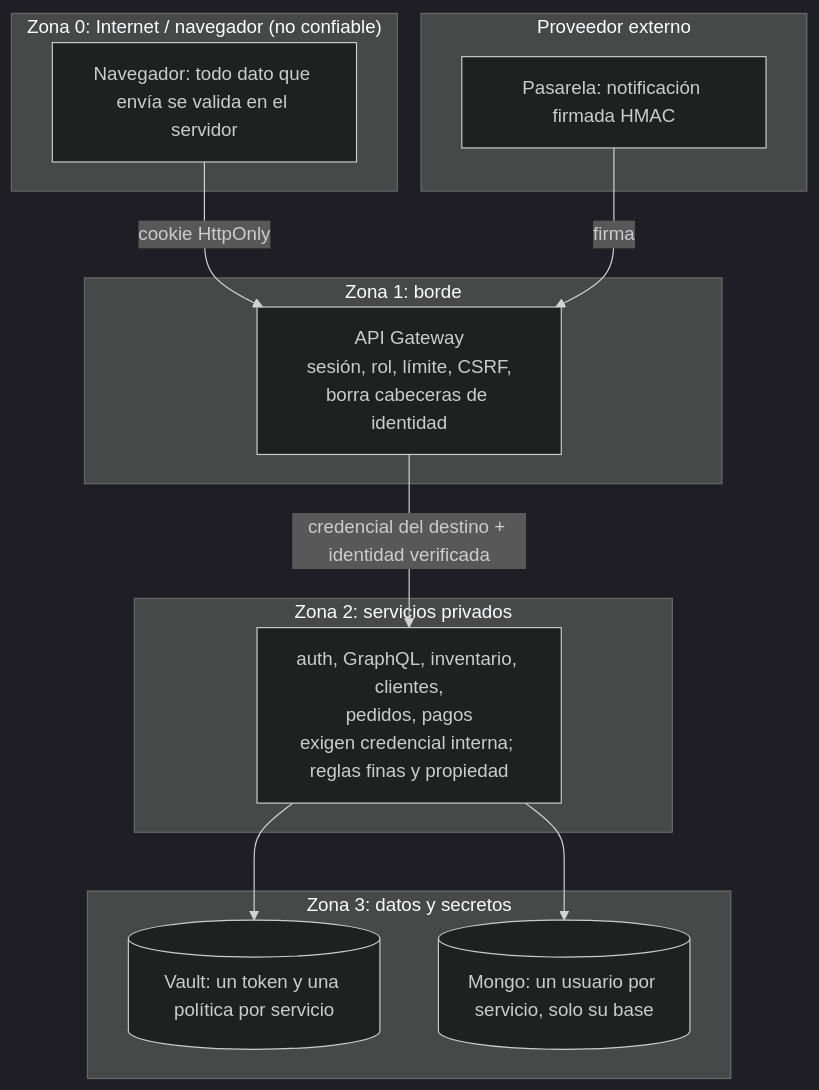
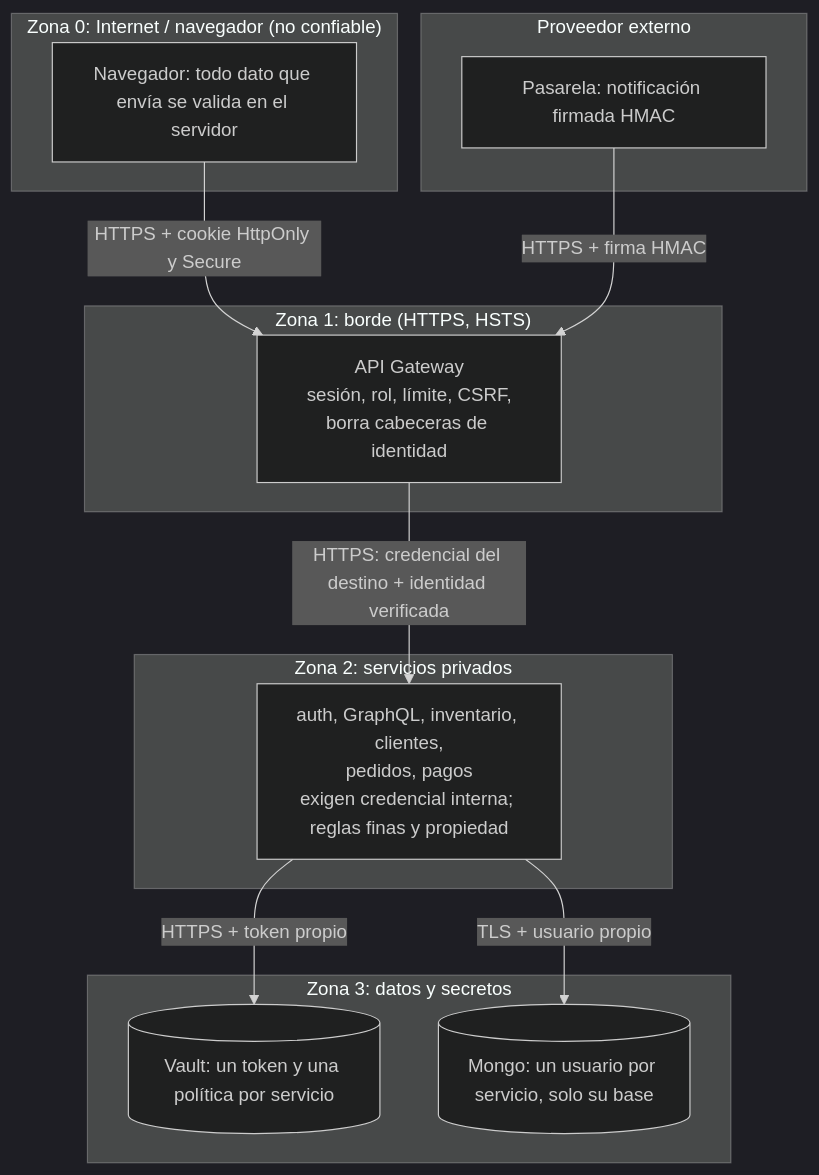
The diagram in docs/diagramas/fronteras.mmd (kemunozcastillo/DesarrolloWeb_KevinMunoz), drawn with Mermaid (dark theme) before and after one commit. The commit also changed 3 other files, not shown here.

First line of the commit message:
Diagramas: componentes y fronteras con TLS, imágenes regeneradas

```diff
--- a/docs/diagramas/fronteras.mmd
+++ b/docs/diagramas/fronteras.mmd
@@ -1,22 +1,22 @@
 flowchart TB
   subgraph Z0["Zona 0: Internet / navegador (no confiable)"]
     nav[Navegador: todo dato que envía se valida en el servidor]
   end
-  subgraph Z1["Zona 1: borde"]
+  subgraph Z1["Zona 1: borde (HTTPS, HSTS)"]
     gw["API Gateway<br/>sesión, rol, límite, CSRF,<br/>borra cabeceras de identidad"]
   end
   subgraph Z2["Zona 2: servicios privados"]
     svc["auth, GraphQL, inventario, clientes,<br/>pedidos, pagos<br/>exigen credencial interna; reglas finas y propiedad"]
   end
   subgraph Z3["Zona 3: datos y secretos"]
     vault[(Vault: un token y una política por servicio)]
     mongo[(Mongo: un usuario por servicio, solo su base)]
   end
   subgraph ZE["Proveedor externo"]
     pas[Pasarela: notificación firmada HMAC]
   end
-  nav -->|cookie HttpOnly| gw
-  pas -->|firma| gw
-  gw -->|credencial del destino + identidad verificada| svc
-  svc --> vault
-  svc --> mongo
+  nav -->|"HTTPS + cookie HttpOnly y Secure"| gw
+  pas -->|"HTTPS + firma HMAC"| gw
+  gw -->|"HTTPS: credencial del destino + identidad verificada"| svc
+  svc -->|"HTTPS + token propio"| vault
+  svc -->|"TLS + usuario propio"| mongo
```
